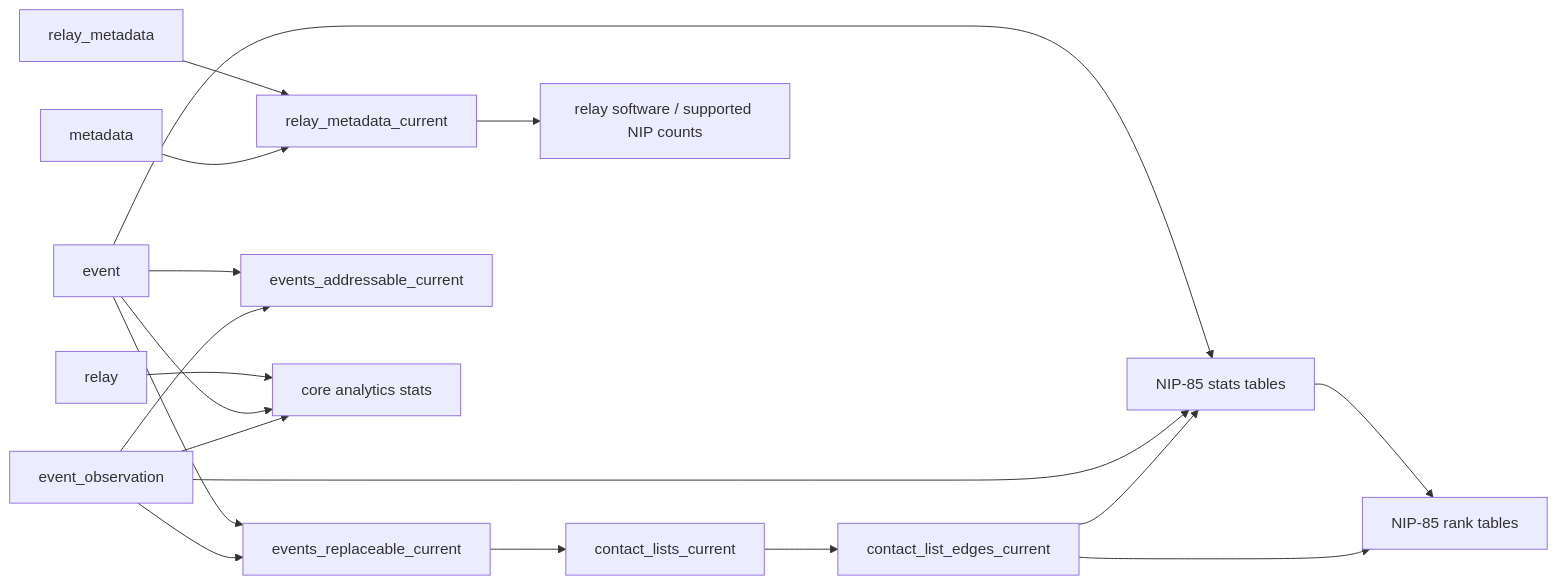
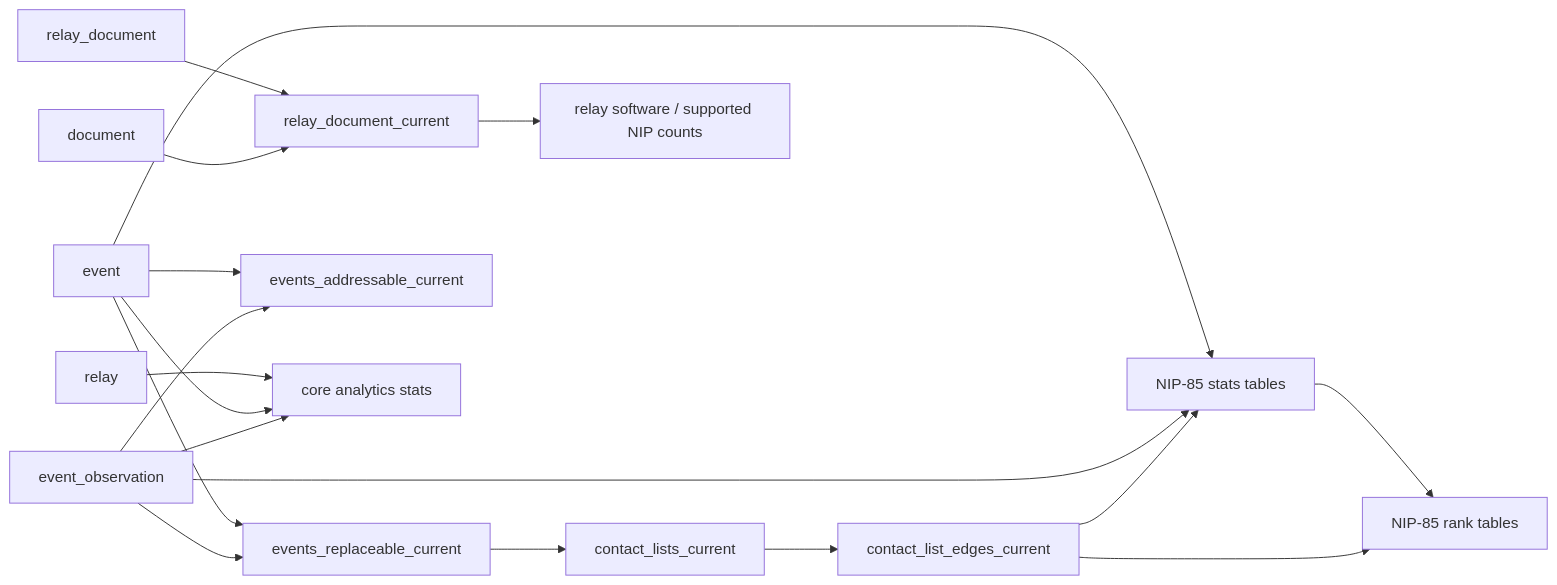
One commit to BigBrotr/bigbrotr changed the second of 2 diagrams in docs/user-guide/database.md. Above: the diagram before and after it, drawn with Mermaid. The commit also changed other lines of this file and 18 other files, not shown here.

````diff
--- a/docs/user-guide/database.md
+++ b/docs/user-guide/database.md
@@ -93,37 +93,37 @@
 ```mermaid
 flowchart LR
     event["event"]
     event_observation["event_observation"]
     relay["relay"]
-    relay_metadata["relay_metadata"]
-    metadata["metadata"]
+    relay_document["relay_document"]
+    document["document"]
 
-    relay_metadata_current["relay_metadata_current"]
+    relay_document_current["relay_document_current"]
     replaceable["events_replaceable_current"]
     addressable["events_addressable_current"]
     contacts["contact_lists_current"]
     edges["contact_list_edges_current"]
 
     core_stats["core analytics stats"]
     relay_meta_stats["relay software / supported NIP counts"]
     nip85_stats["NIP-85 stats tables"]
     ranks["NIP-85 rank tables"]
 
-    relay_metadata --> relay_metadata_current
-    metadata --> relay_metadata_current
+    relay_document --> relay_document_current
+    document --> relay_document_current
     relay --> core_stats
     event --> replaceable
     event --> addressable
     event --> core_stats
     event --> nip85_stats
     event_observation --> replaceable
     event_observation --> addressable
     event_observation --> core_stats
     event_observation --> nip85_stats
-    relay_metadata_current --> relay_meta_stats
+    relay_document_current --> relay_meta_stats
     replaceable --> contacts
     contacts --> edges
     edges --> nip85_stats
     nip85_stats --> ranks
     edges --> ranks
 ```
````
